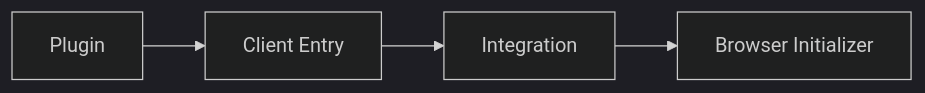
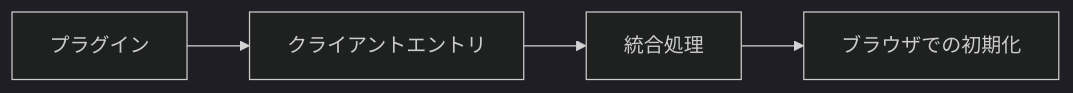
The seventh of 11 diagrams in docs/docs/reference/plugin-api.ja.md (Rerurate514/riebeckite), drawn with Mermaid (dark theme) before and after one commit. The commit also changed other lines of this file and 310 other files, not shown here.

````diff
--- a/docs/docs/reference/plugin-api.ja.md
+++ b/docs/docs/reference/plugin-api.ja.md
@@ -634,11 +565,11 @@
 ```mermaid
 flowchart LR
-    Plugin["Plugin"]
-    Entry["Client Entry"]
-    Build["Integration"]
-    Browser["Browser Initializer"]
+    Plugin["プラグイン"]
+    Entry["クライアントエントリ"]
+    Build["統合処理"]
+    Browser["ブラウザでの初期化"]
 
     Plugin --> Entry
     Entry --> Build
     Build --> Browser
 ```
````
